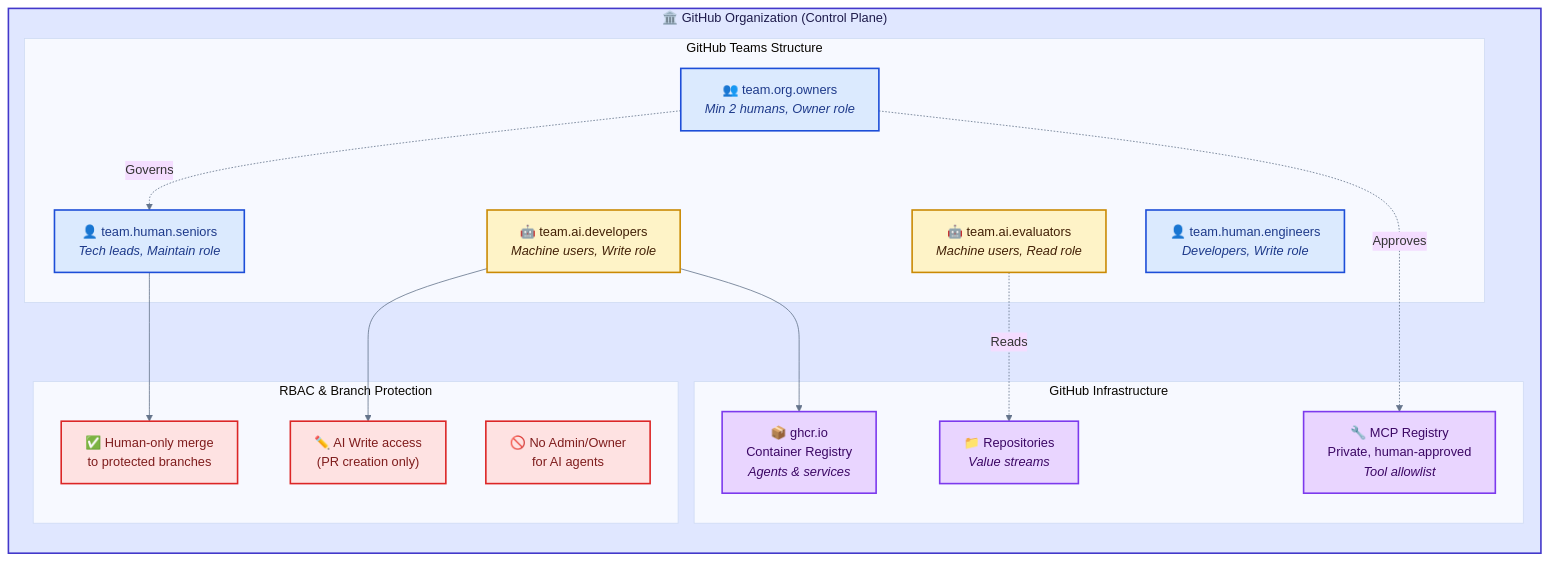
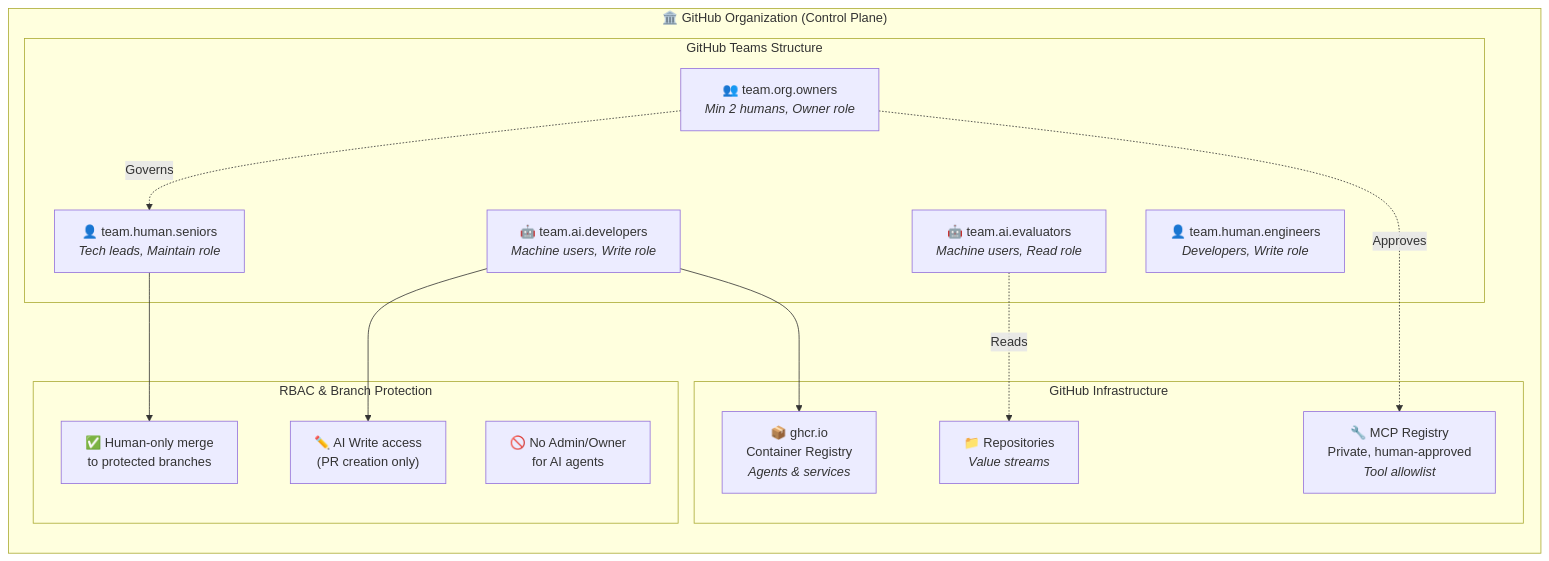
The second of 8 diagrams in github-native-operating-model.md (donbr/github-agentic-om), drawn with Mermaid before and after one commit. The commit also changed other lines of this file, not shown here.

````diff
--- a/github-native-operating-model.md
+++ b/github-native-operating-model.md
@@ -86,46 +71,33 @@
 ```mermaid
-%%{init: {"theme":"base", "themeVariables": {"lineColor":"#64748B","primaryBorderColor":"#64748B","textColor":"#1E293B","background":"#FFFFFF"}}}%%
 flowchart TB
     subgraph ORG["🏛️ GitHub Organization (Control Plane)"]
         direction TB
 
         subgraph TEAMS["GitHub Teams Structure"]
             OWNERS["👥 team.org.owners<br/><i>Min 2 humans, Owner role</i>"]
             SENIORS["👤 team.human.seniors<br/><i>Tech leads, Maintain role</i>"]
             ENGINEERS["👤 team.human.engineers<br/><i>Developers, Write role</i>"]
             AIDEV["🤖 team.ai.developers<br/><i>Machine users, Write role</i>"]
             AIEVAL["🤖 team.ai.evaluators<br/><i>Machine users, Read role</i>"]
         end
 
         subgraph RBAC["RBAC & Branch Protection"]
             MERGE["✅ Human-only merge<br/>to protected branches"]
             NOADMIN["🚫 No Admin/Owner<br/>for AI agents"]
             WRITE["✏️ AI Write access<br/>(PR creation only)"]
         end
 
         subgraph INFRA["GitHub Infrastructure"]
             GHCR["📦 ghcr.io<br/>Container Registry<br/><i>Agents & services</i>"]
             MCP["🔧 MCP Registry<br/>Private, human-approved<br/><i>Tool allowlist</i>"]
             REPOS["📁 Repositories<br/><i>Value streams</i>"]
         end
     end
 
     OWNERS -.Governs.-> SENIORS
     OWNERS -.Approves.-> MCP
     SENIORS --> MERGE
     AIDEV --> WRITE
     AIEVAL -.Reads.-> REPOS
     AIDEV --> GHCR
-
-    classDef foundation fill:#E0E7FF,stroke:#4338CA,stroke-width:2px,color:#1E1B4B
-    classDef teamHuman fill:#DBEAFE,stroke:#1D4ED8,stroke-width:2px,color:#1E3A8A
-    classDef teamAI fill:#FEF3C7,stroke:#CA8A04,stroke-width:2px,color:#422006
-    classDef security fill:#FEE2E2,stroke:#DC2626,stroke-width:2px,color:#7F1D1D
-    classDef infra fill:#E9D5FF,stroke:#7C3AED,stroke-width:2px,color:#3B0764
-
-    class ORG foundation
-    class OWNERS,SENIORS,ENGINEERS teamHuman
-    class AIDEV,AIEVAL teamAI
-    class MERGE,NOADMIN,WRITE security
-    class GHCR,MCP,REPOS infra
 ```
````
